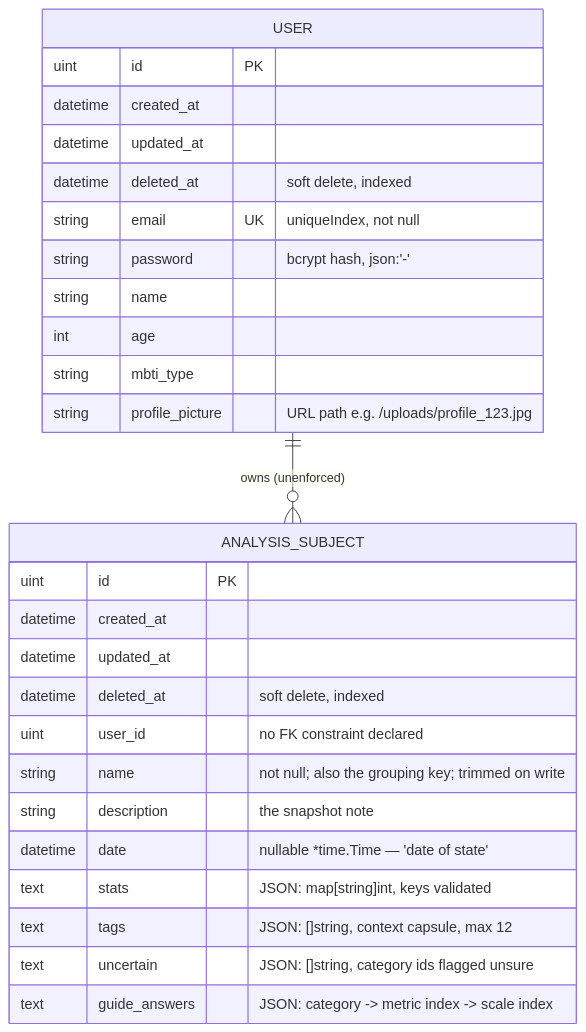
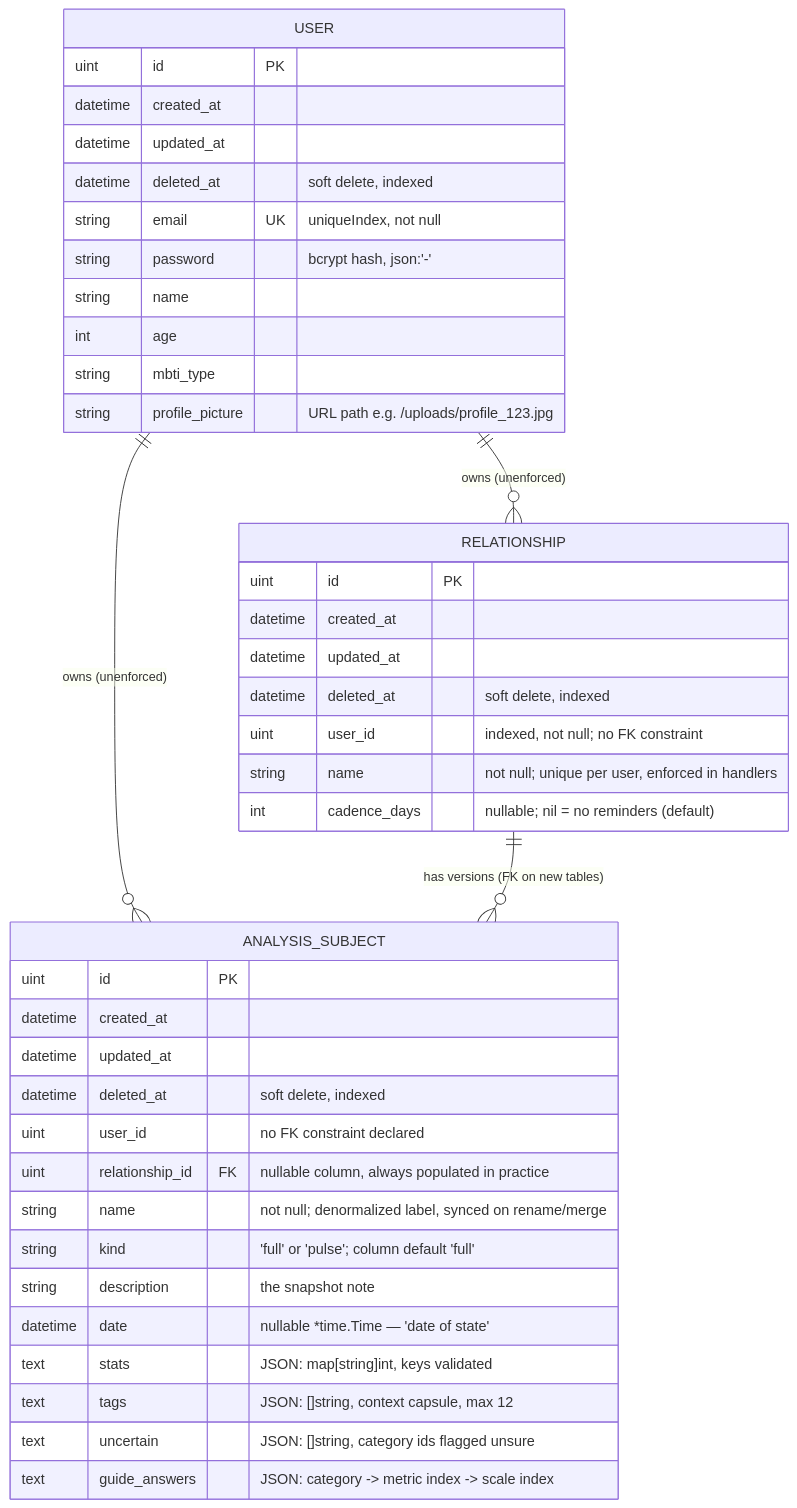
The diagram in docs/03-data-model.md (SirGrandmasterr/AlexithymiaLoveQuantifier), drawn with Mermaid before and after one commit. The commit also changed other lines of this file and 55 other files, not shown here.

````diff
--- a/docs/03-data-model.md
+++ b/docs/03-data-model.md
@@ -10,32 +10,46 @@
 ```mermaid
 erDiagram
+    USER ||--o{ RELATIONSHIP : "owns (unenforced)"
     USER ||--o{ ANALYSIS_SUBJECT : "owns (unenforced)"
+    RELATIONSHIP ||--o{ ANALYSIS_SUBJECT : "has versions (FK on new tables)"
+
+    RELATIONSHIP {
+        uint id PK
+        datetime created_at
+        datetime updated_at
+        datetime deleted_at "soft delete, indexed"
+        uint user_id "indexed, not null; no FK constraint"
+        string name "not null; unique per user, enforced in handlers"
+        int cadence_days "nullable; nil = no reminders (default)"
+    }
 
     USER {
         uint id PK
         datetime created_at
         datetime updated_at
         datetime deleted_at "soft delete, indexed"
         string email UK "uniqueIndex, not null"
         string password "bcrypt hash, json:'-'"
         string name
         int age
         string mbti_type
         string profile_picture "URL path e.g. /uploads/profile_123.jpg"
     }
 
     ANALYSIS_SUBJECT {
         uint id PK
         datetime created_at
         datetime updated_at
         datetime deleted_at "soft delete, indexed"
         uint user_id "no FK constraint declared"
-        string name "not null; also the grouping key; trimmed on write"
+        uint relationship_id FK "nullable column, always populated in practice"
+        string name "not null; denormalized label, synced on rename/merge"
+        string kind "'full' or 'pulse'; column default 'full'"
         string description "the snapshot note"
         datetime date "nullable *time.Time — 'date of state'"
         text stats "JSON: map[string]int, keys validated"
         text tags "JSON: []string, context capsule, max 12"
         text uncertain "JSON: []string, category ids flagged unsure"
         text guide_answers "JSON: category -> metric index -> scale index"
     }
 ```
````
